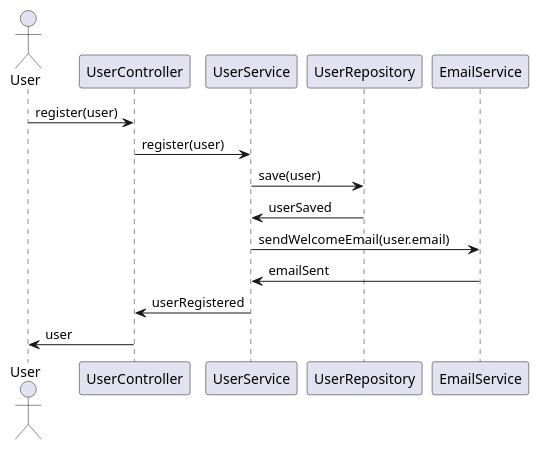
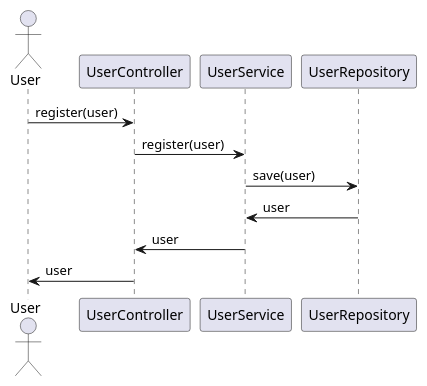
One commit to shreya-cn/autodev.ai changed the first of 4 diagrams in identityprovider/documentation/detaileddesign.adoc. Above: the diagram before and after it, drawn with PlantUML. The commit also changed other lines of this file and 3 other files, not shown here.

```diff
--- a/identityprovider/documentation/detaileddesign.adoc
+++ b/identityprovider/documentation/detaileddesign.adoc
@@ -257,19 +142,16 @@
-[plantuml, user-registration-flow, png]
+[plantuml, user-registration-sequence, png]
 ----
 @startuml
 actor User
 participant UserController
 participant UserService
 participant UserRepository
-participant EmailService
 
 User -> UserController : register(user)
 UserController -> UserService : register(user)
 UserService -> UserRepository : save(user)
-UserRepository -> UserService : userSaved
-UserService -> EmailService : sendWelcomeEmail(user.email)
-EmailService -> UserService : emailSent
-UserService -> UserController : userRegistered
+UserRepository -> UserService : user
+UserService -> UserController : user
 UserController -> User : user
 @enduml
 ----
```
